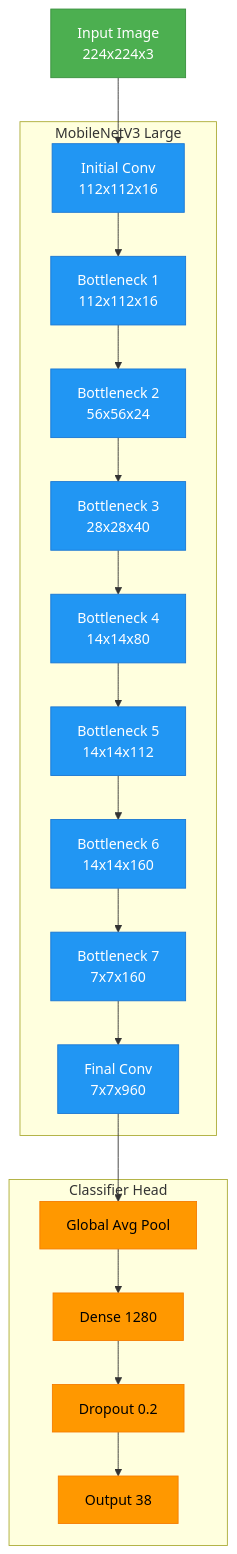
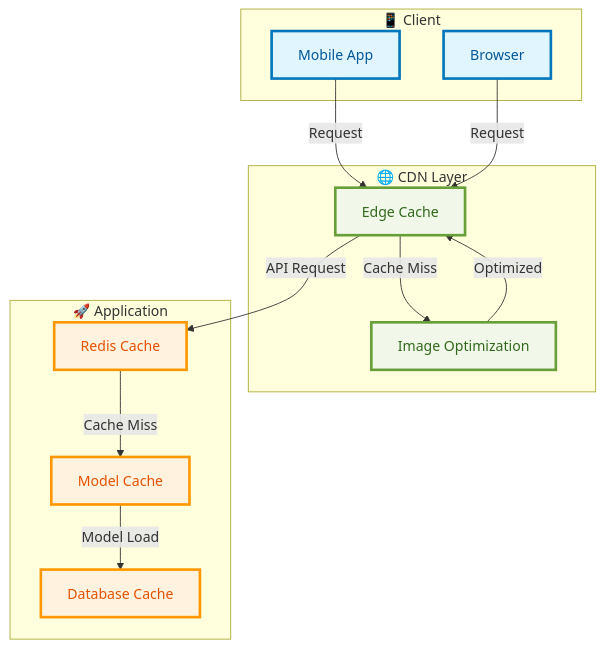
One commit to VIKAS9793/Krishisahayak-2.0 changed diagram 13 of 14 in docs/ARCHITECTURE.md. Above: the diagram before and after it, drawn with Mermaid. The commit also changed other lines of this file and 1 other file, not shown here.

First line of the commit message:
docs: Add comprehensive ARCHITECTURE.md and MODEL_CARD.md

````diff
--- a/docs/ARCHITECTURE.md
+++ b/docs/ARCHITECTURE.md
@@ -565,44 +629,36 @@
 ```mermaid
-graph TD
-    %% Input Layer
-    Input[Input Image
-    224x224x3] --> Conv[Initial Conv
-    112x112x16]
-
-    %% MobileNetV3 Blocks
-    subgraph MobileNetV3[MobileNetV3 Large]
-        Conv --> B1[Bottleneck 1
-        112x112x16]
-        B1 --> B2[Bottleneck 2
-        56x56x24]
-        B2 --> B3[Bottleneck 3
-        28x28x40]
-        B3 --> B4[Bottleneck 4
-        14x14x80]
-        B4 --> B5[Bottleneck 5
-        14x14x112]
-        B5 --> B6[Bottleneck 6
-        14x14x160]
-        B6 --> B7[Bottleneck 7
-        7x7x160]
-        B7 --> FinalConv[Final Conv
-        7x7x960]
+graph TB
+    subgraph Client [" 📱 Client "]
+        A[Mobile App]
+        B[Browser]
     end
-
-    %% Classifier Head
-    subgraph Head[Classifier Head]
-        FinalConv --> GAP[Global Avg Pool]
-        GAP --> Dense1[Dense 1280]
-        Dense1 --> Dropout[Dropout 0.2]
-        Dropout --> Output[Output 38]
+    
+    subgraph CDN [" 🌐 CDN Layer "]
+        C[Edge Cache]
+        D[Image Optimization]
     end
-
-    %% Styling
-    classDef input fill:#4CAF50,stroke:#388E3C,color:white
-    classDef layer fill:#2196F3,stroke:#1976D2,color:white
-    classDef head fill:#FF9800,stroke:#F57C00,color:black
-
-    class Input input
-    class Conv,B1,B2,B3,B4,B5,B6,B7,FinalConv layer
-    class GAP,Dense1,Dropout,Output head
+    
+    subgraph App [" 🚀 Application "]
+        E[Redis Cache]
+        F[Model Cache]
+        G[Database Cache]
+    end
+    
+    A -->|Request| C
+    B -->|Request| C
+    
+    C -->|Cache Miss| D
+    D -->|Optimized| C
+    
+    C -->|API Request| E
+    E -->|Cache Miss| F
+    F -->|Model Load| G
+    
+    classDef client fill:#e1f5fe,stroke:#0277bd,stroke-width:3px,color:#01579b
+    classDef cdn fill:#f1f8e9,stroke:#689f38,stroke-width:3px,color:#33691e
+    classDef cache fill:#fff3e0,stroke:#ff9800,stroke-width:3px,color:#e65100
+    
+    class A,B client
+    class C,D cdn
+    class E,F,G cache
 ```
````
